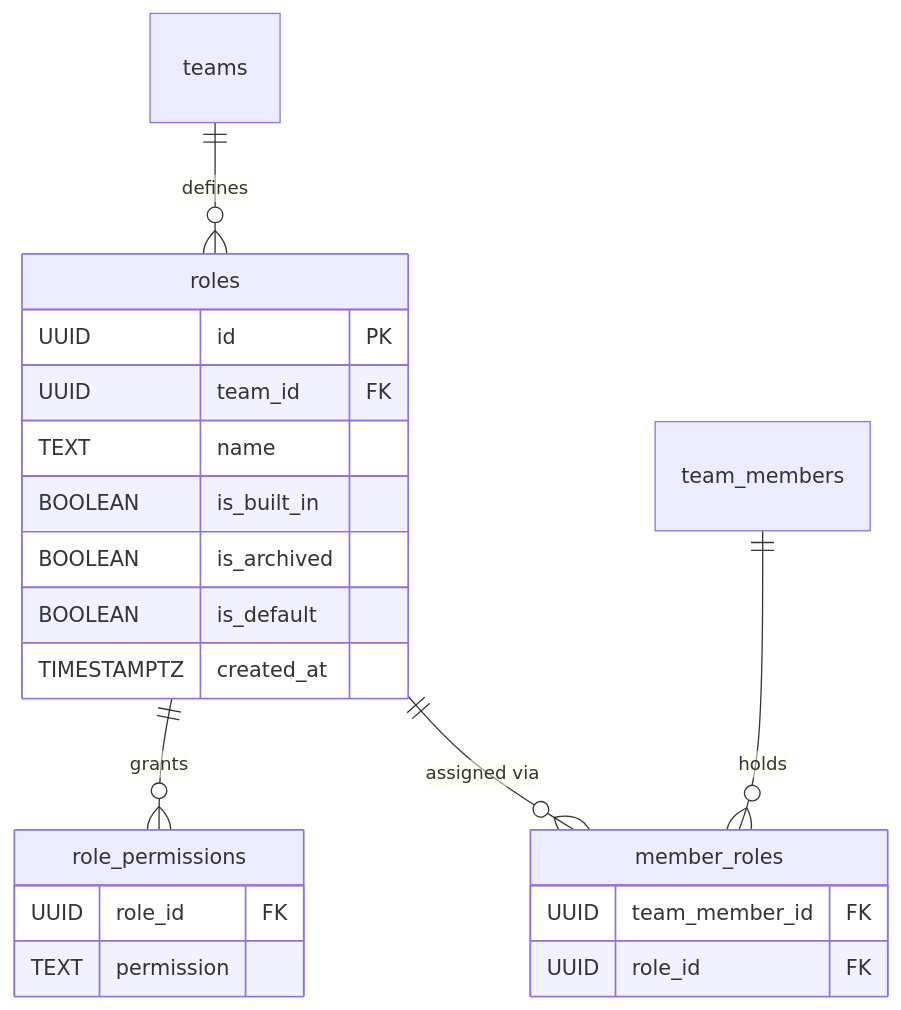
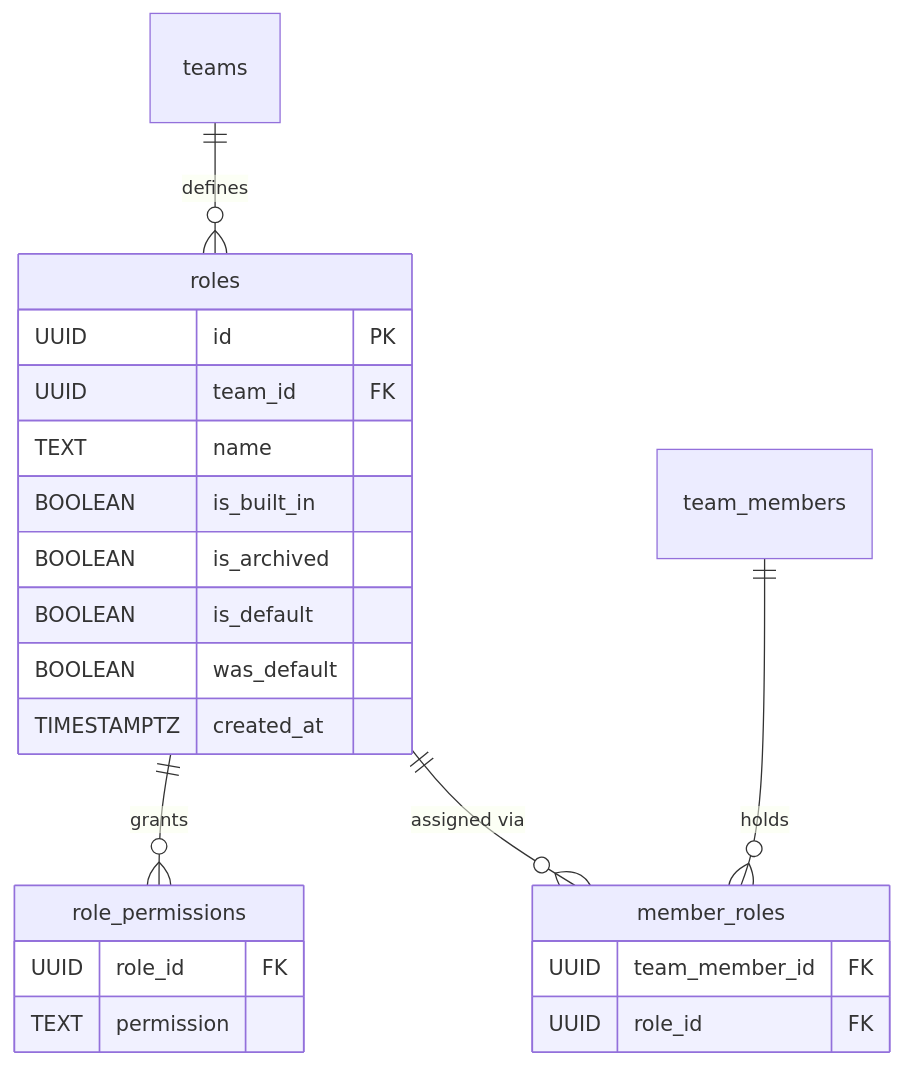
Before and after one commit to sideline-cz/sideline: the fourth of 23 diagrams in docs/thesis/er-diagram.md, drawn with Mermaid. The commit also changed other lines of this file and 8 other files, not shown here.

````diff
--- a/docs/thesis/er-diagram.md
+++ b/docs/thesis/er-diagram.md
@@ -360,27 +360,28 @@
 ```mermaid
 erDiagram
     roles {
         UUID id PK
         UUID team_id FK
         TEXT name
         BOOLEAN is_built_in
         BOOLEAN is_archived
         BOOLEAN is_default
+        BOOLEAN was_default
         TIMESTAMPTZ created_at
     }
 
     role_permissions {
         UUID role_id FK
         TEXT permission
     }
 
     member_roles {
         UUID team_member_id FK
         UUID role_id FK
     }
 
     teams ||--o{ roles : "defines"
     roles ||--o{ role_permissions : "grants"
     roles ||--o{ member_roles : "assigned via"
     team_members ||--o{ member_roles : "holds"
 ```
````
